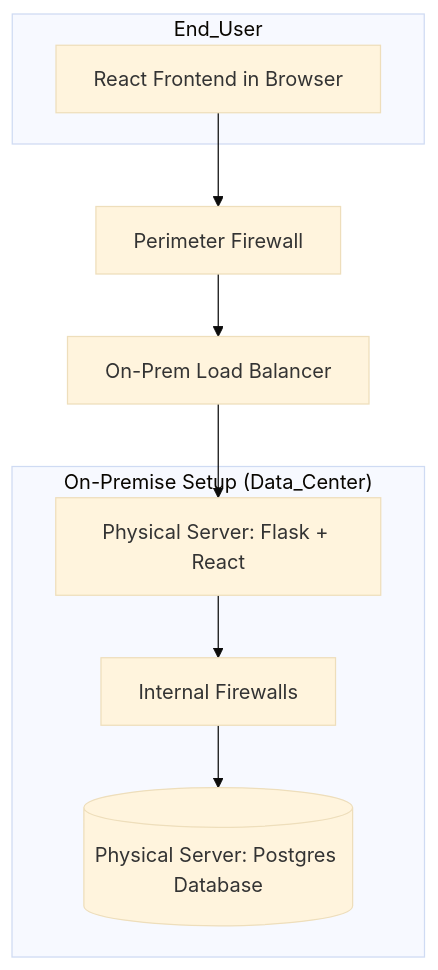
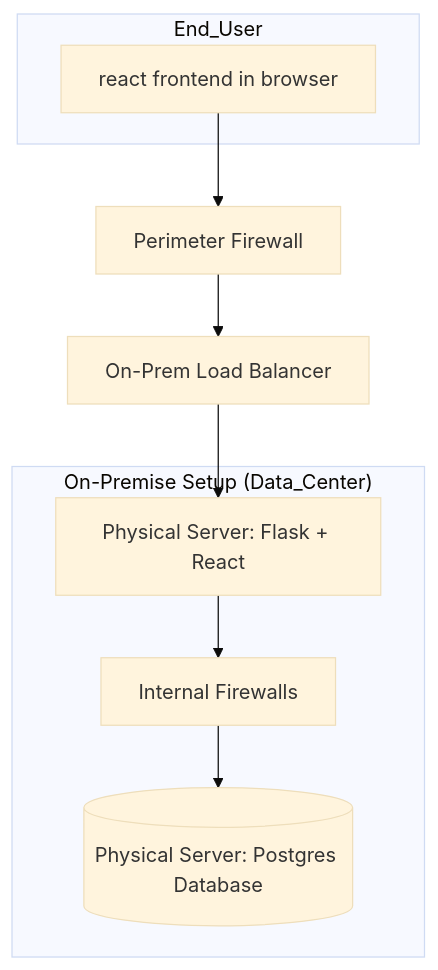
The third of 3 diagrams in lab2.md (Sighopss/Algonquin-Code-Base), drawn with Mermaid (base theme) before and after one commit. The commit also changed other lines of this file, not shown here.

````diff
--- a/lab2.md
+++ b/lab2.md
@@ -39,18 +39,18 @@
 ```mermaid
 graph TB
     subgraph User["End_User"]
-        UI[React Frontend in Browser]
+        UI[react frontend in browser]
     end
 
     OuterFW[Perimeter Firewall]
     HardwareLB[On-Prem Load Balancer]
 
     subgraph OnPrem["On-Premise Setup (Data_Center)"]
         Server1[Physical Server: Flask + React]
         InnerFW[Internal Firewalls]
         Server2[(Physical Server: Postgres Database)]
     end
 
     UI --> OuterFW --> HardwareLB --> Server1
     Server1 --> InnerFW --> Server2
 ```
````
